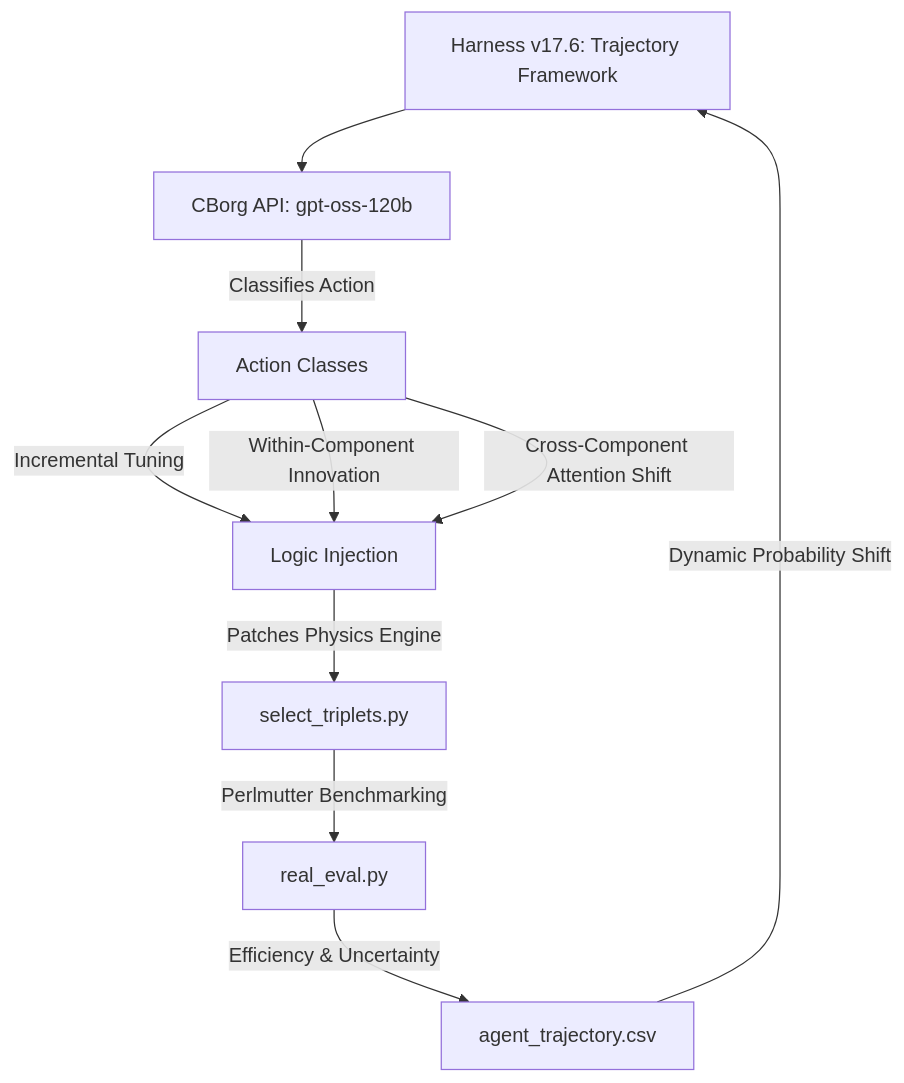
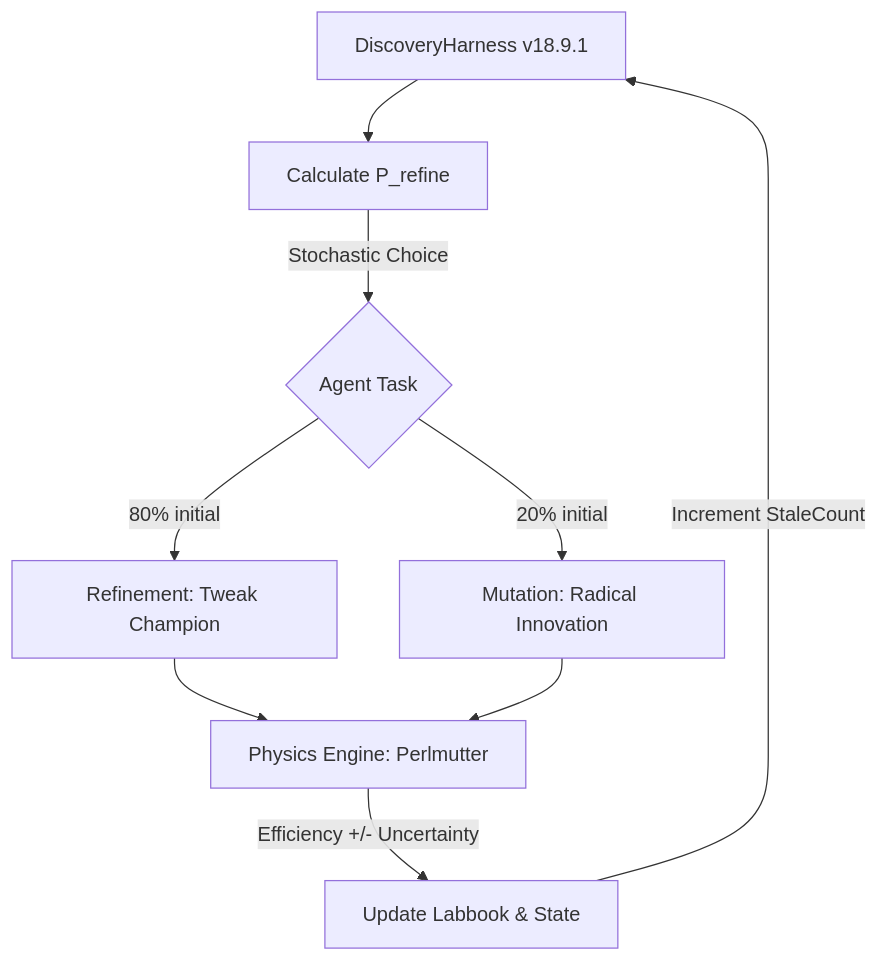
One commit to yellowchicken280/codex_topreconstruction changed the diagram in README.md. Above: the diagram before and after it, drawn with Mermaid. The commit also changed other lines of this file and 2 other files, not shown here.

Commit message:
docs: Refine Mermaid diagram to perfectly match the code logic (Binary Refine/Mutate path). Pushing truthful v18.9.1 architecture.

````diff
--- a/README.md
+++ b/README.md
@@ -11,12 +9,11 @@
 ```mermaid
 graph TD
-    A[Harness v17.6: Trajectory Framework] --> B[CBorg API: gpt-oss-120b]
-    B -->|Classifies Action| C[Action Classes]
-    C -->|Incremental Tuning| D[Logic Injection]
-    C -->|Within-Component Innovation| D
-    C -->|Cross-Component Attention Shift| D
-    D -->|Patches Physics Engine| E[select_triplets.py]
-    E -->|Perlmutter Benchmarking| F[real_eval.py]
-    F -->|Efficiency & Uncertainty| G[agent_trajectory.csv]
-    G -->|Dynamic Probability Shift| A
+    A[DiscoveryHarness v18.9.1] --> B[Calculate P_refine]
+    B -->|Stochastic Choice| C{Agent Task}
+    C -->|80% initial| D[Refinement: Tweak Champion]
+    C -->|20% initial| E[Mutation: Radical Innovation]
+    D --> F[Physics Engine: Perlmutter]
+    E --> F
+    F -->|Efficiency +/- Uncertainty| G[Update Labbook & State]
+    G -->|Increment StaleCount| A
 ```
````
